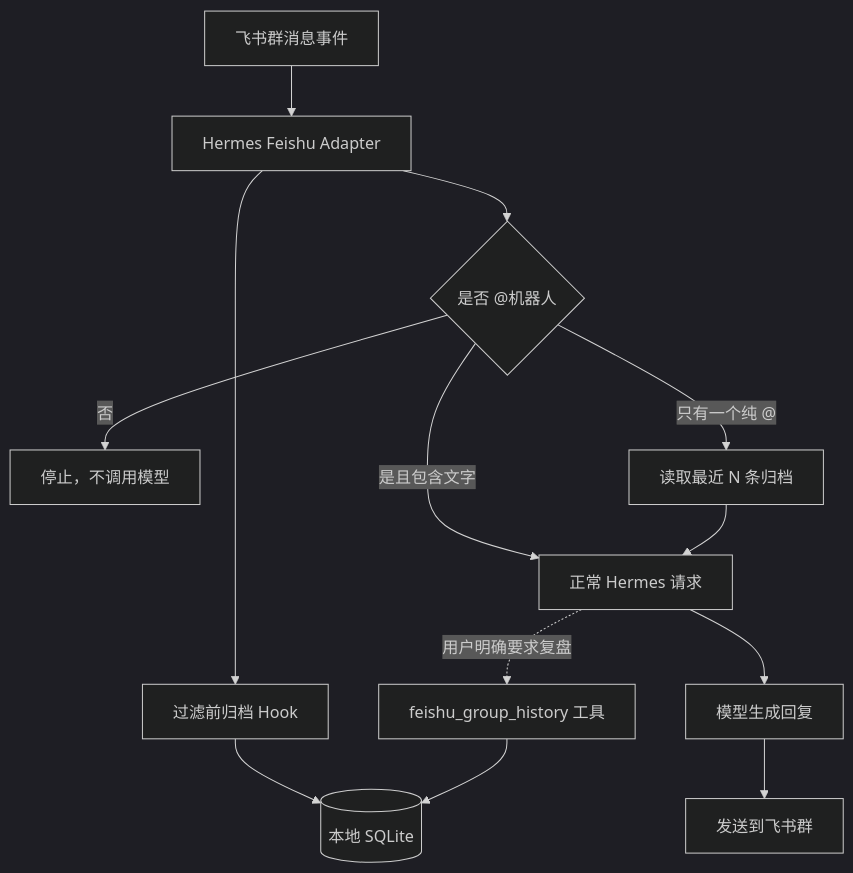
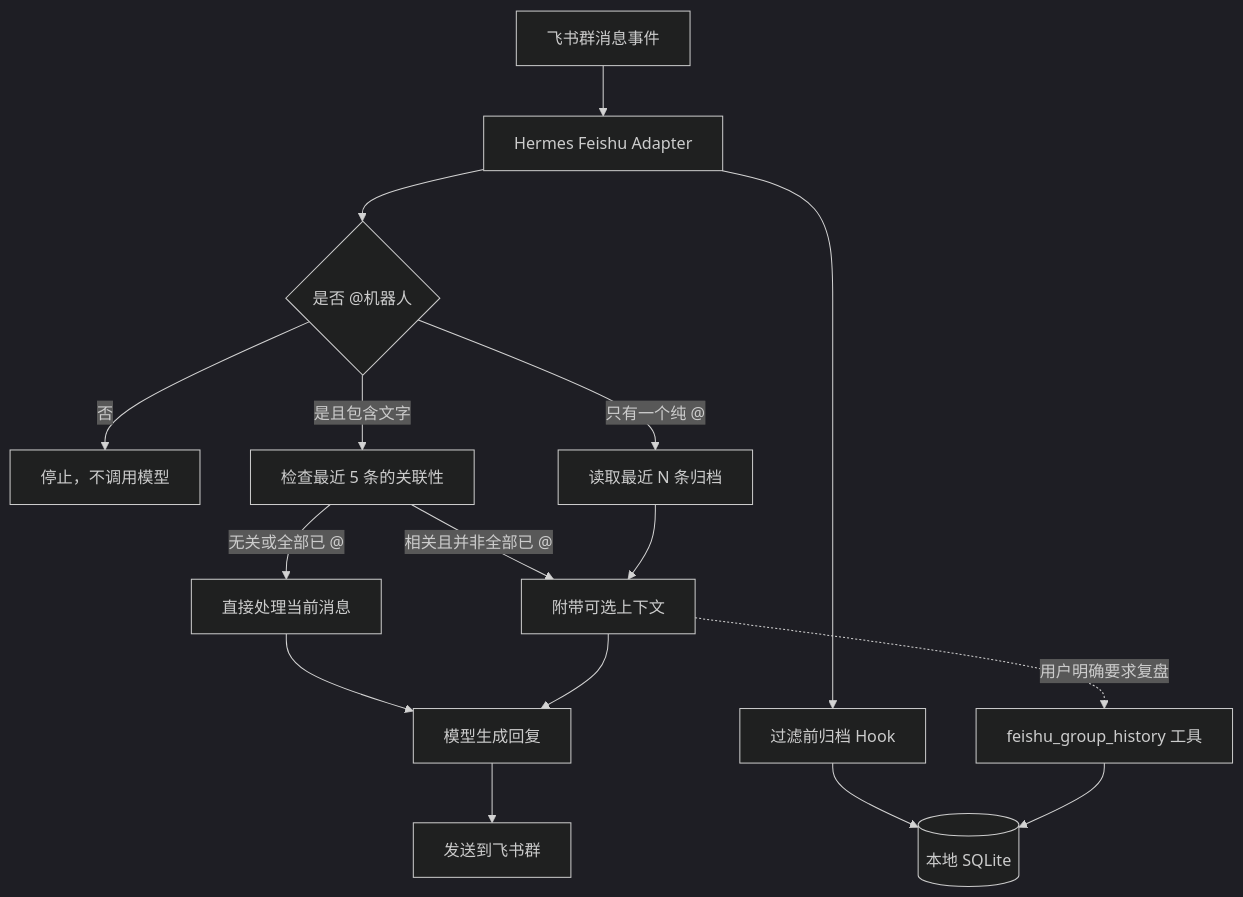
One commit to Cyber-Yichen/hermes-feishu-group-context changed the diagram in README.md. Above: the diagram before and after it, drawn with Mermaid (dark theme). The commit also changed other lines of this file and 6 other files, not shown here.

````diff
--- a/README.md
+++ b/README.md
@@ -71,15 +75,18 @@
 ```mermaid
 flowchart TD
     A["飞书群消息事件"] --> B["Hermes Feishu Adapter"]
     B --> C["过滤前归档 Hook"]
     C --> D[("本地 SQLite")]
     B --> E{"是否 @机器人"}
     E -- "否" --> F["停止，不调用模型"]
-    E -- "是且包含文字" --> G["正常 Hermes 请求"]
+    E -- "是且包含文字" --> L["检查最近 5 条的关联性"]
+    L -- "相关且并非全部已 @" --> G["附带可选上下文"]
+    L -- "无关或全部已 @" --> M["直接处理当前消息"]
     E -- "只有一个纯 @" --> H["读取最近 N 条归档"]
     H --> G
+    M --> I
     G --> I["模型生成回复"]
     I --> J["发送到飞书群"]
     G -. "用户明确要求复盘" .-> K["feishu_group_history 工具"]
     K --> D
 ```
````
